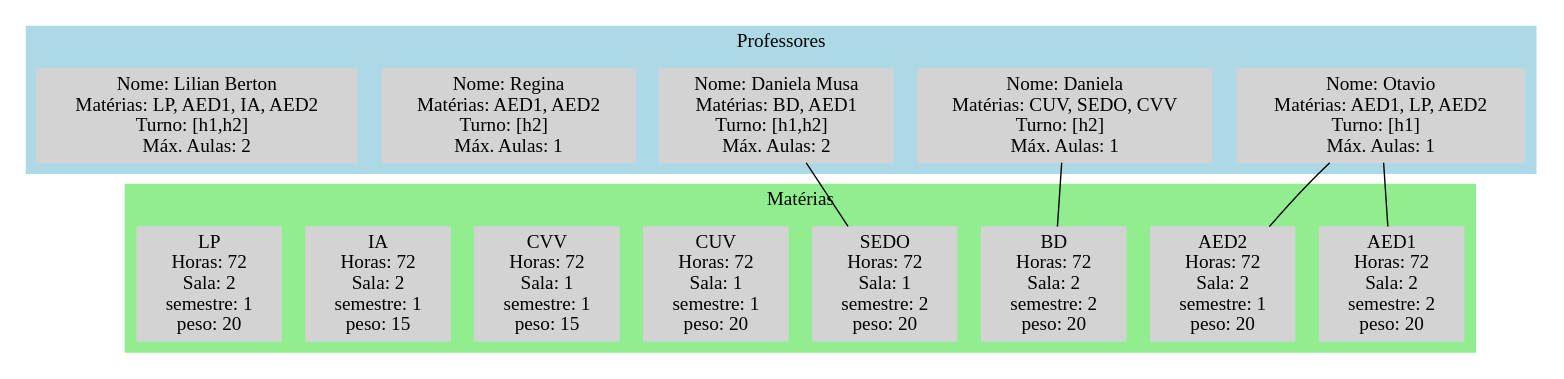
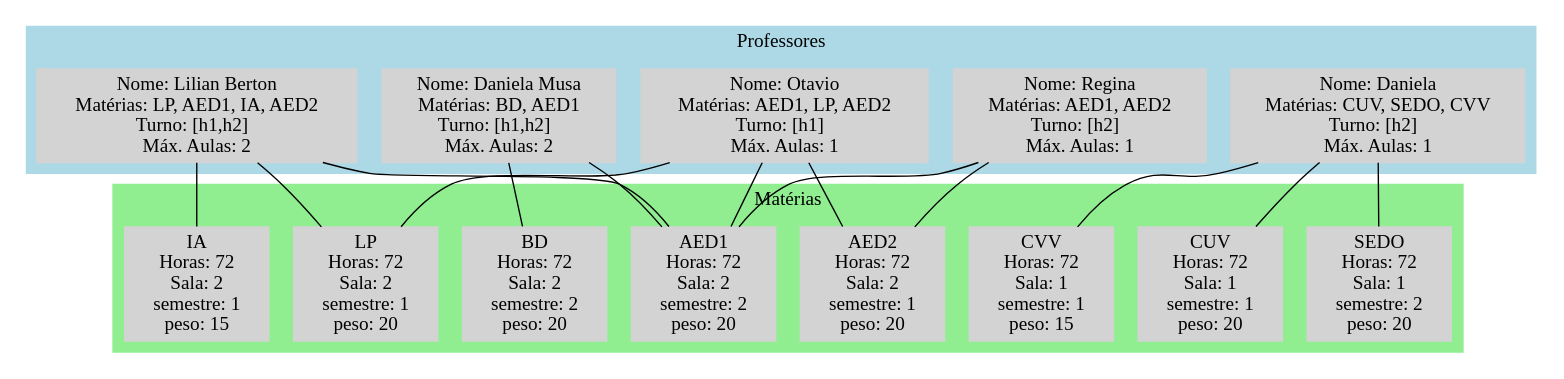
The diagram in grafo.dot (Th0m4sma/Trabalho_Final_TG), drawn with Graphviz before and after one commit. The commit also changed 2 other files, not shown here.

```diff
--- a/grafo.dot
+++ b/grafo.dot
@@ -1,65 +1,63 @@
 graph G {
   //Estilo padrão dos nós(para imprimir)
   node [shape=box, style=filled, color=lightgray];
 
 
 
 
 
 
   // Subgrafo de Professores
   subgraph cluster_professores {
     label = "Professores";
     style = filled;
     color = lightblue;
 
     P1 [label= "Nome: Otavio \nMatérias: AED1, LP, AED2 \nTurno: [h1]  \nMáx. Aulas: 1"];
     P2 [label= "Nome: Daniela \nMatérias: CUV, SEDO, CVV \nTurno: [h2]  \nMáx. Aulas: 1"];
     P3 [label= "Nome: Daniela Musa \nMatérias: BD, AED1 \nTurno: [h1,h2]  \nMáx. Aulas: 2"];
     P4 [label= "Nome: Regina \nMatérias: AED1, AED2 \nTurno: [h2]  \nMáx. Aulas: 1"];
     P5 [label= "Nome: Lilian Berton \nMatérias: LP, AED1, IA, AED2 \nTurno: [h1,h2]  \nMáx. Aulas: 2"];
   }
 
 
 
 
 
 
 
 
 
 
 
   //Subgrafo de Matérias
   subgraph cluster_materias {
     label = "Matérias";
     style = filled;
     color = lightgreen;
 
     M1 [label="AED1 \nHoras: 72 \nSala: 2 \nsemestre: 2 \npeso: 20"];
     M2 [label="AED2 \nHoras: 72 \nSala: 2 \nsemestre: 1 \npeso: 20"];
     M3 [label="BD \nHoras: 72 \nSala: 2 \nsemestre: 2 \npeso: 20"];
     M4 [label="SEDO \nHoras: 72 \nSala: 1 \nsemestre: 2 \npeso: 20"];
     M5 [label="CUV \nHoras: 72 \nSala: 1 \nsemestre: 1 \npeso: 20"];
     M6 [label="CVV \nHoras: 72 \nSala: 1 \nsemestre: 1 \npeso: 15"];
     M7 [label="IA \nHoras: 72 \nSala: 2 \nsemestre: 1 \npeso: 15"];
     M8 [label="LP \nHoras: 72 \nSala: 2 \nsemestre: 1 \npeso: 20"];
   }
 
 
-
-
-
-
-
-
-
-
-
-
-  //Ligações entre professores e matérias
   P1 -- M1;
   P1 -- M2;
-  P2 -- M3;
-  P3 -- M4;
+  P1 -- M8;
+  P2 -- M4;
+  P2 -- M5;
+  P2 -- M6;
+  P3 -- M3;
+  P3 -- M1;
+  P4 -- M2;
+  P4 -- M1;
+  P5 -- M1;
+  P5 -- M7;
+  P5 -- M8;
 }
```
